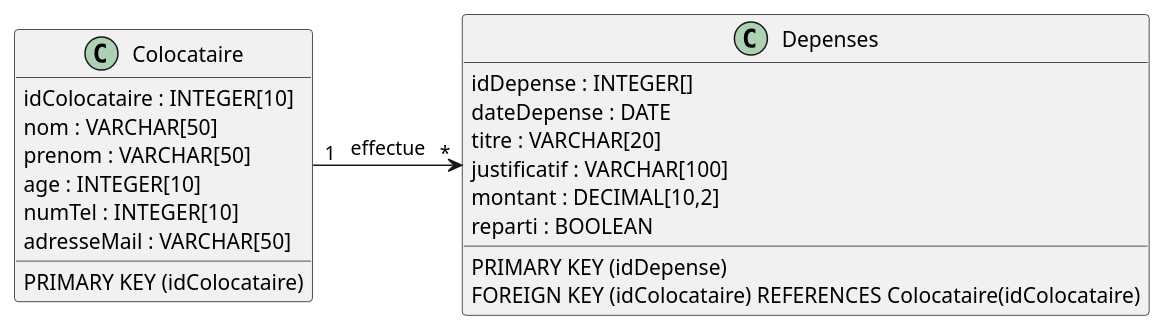
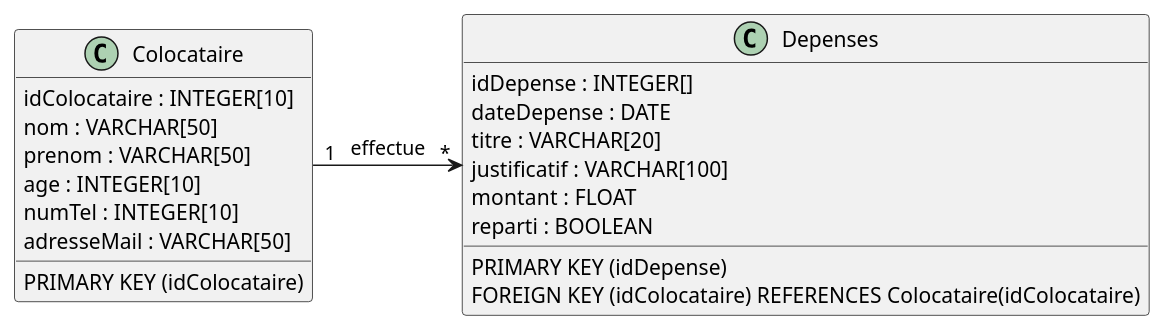
The fifth of 6 diagrams in README.md (MihutaMihail/application_crous), drawn with PlantUML before and after one commit. The commit also changed other lines of this file and 20 other files, not shown here.

````diff
--- a/README.md
+++ b/README.md
@@ -161,28 +161,28 @@
 ```plantuml
 @startuml model1
 scale 1
 
 class Depenses {
   idDepense : INTEGER[]
   dateDepense : DATE
   titre : VARCHAR[20]
   justificatif : VARCHAR[100]
-  montant : DECIMAL[10,2]
+  montant : FLOAT
   reparti : BOOLEAN
   PRIMARY KEY (idDepense)
   FOREIGN KEY (idColocataire) REFERENCES Colocataire(idColocataire)
 }
 
 class Colocataire {
     idColocataire : INTEGER[10]
     nom : VARCHAR[50]
     prenom : VARCHAR[50]
     age : INTEGER[10]
     numTel : INTEGER[10]
     adresseMail : VARCHAR[50]
     PRIMARY KEY (idColocataire)
 }
 
 Colocataire -> Depenses : "1"   effectue   "*"
 @enduml
 ```
````
